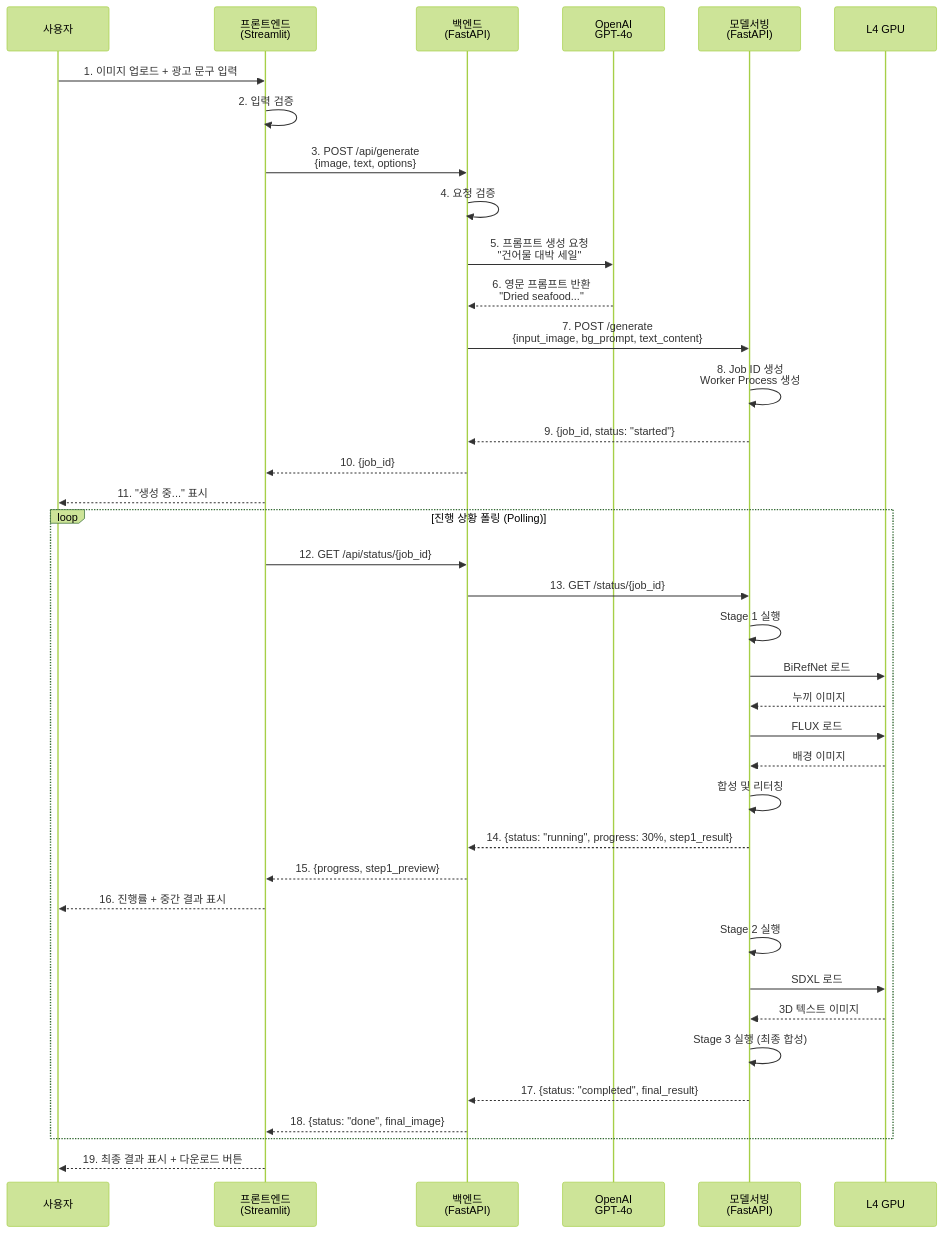
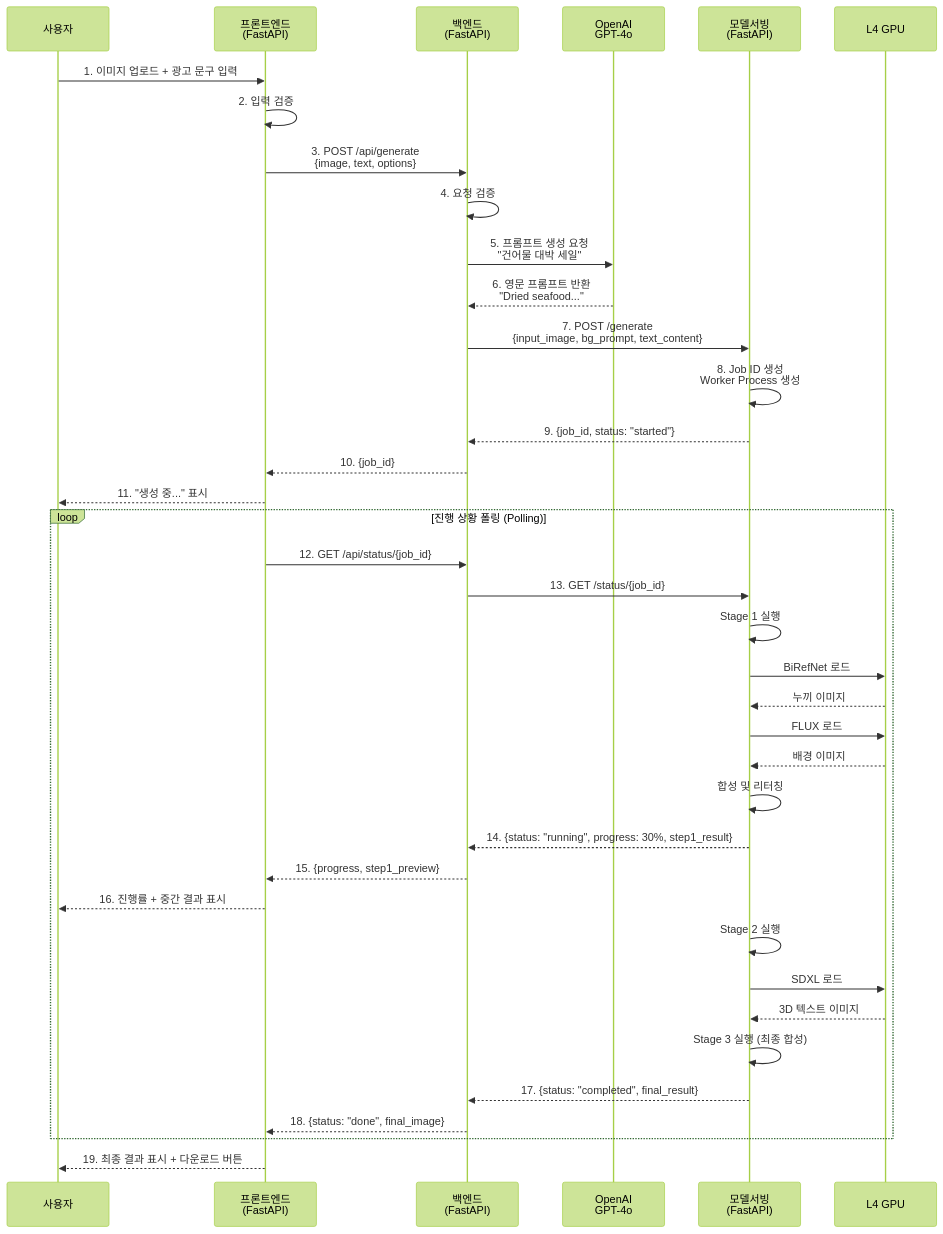
Before and after one commit to krapnuyij/codeit-ai-3team-ad-content: the second of 3 diagrams in docs/doc/아키텍처설계.md, drawn with Mermaid (forest theme). The commit also changed other lines of this file and 22 other files, not shown here.

````diff
--- a/docs/doc/아키텍처설계.md
+++ b/docs/doc/아키텍처설계.md
@@ -144,49 +144,49 @@
 ```mermaid
 sequenceDiagram
     participant User as 사용자
-    participant FE as 프론트엔드<br/>(Streamlit)
+    participant FE as 프론트엔드<br/>(FastAPI)
     participant BE as 백엔드<br/>(FastAPI)
     participant LLM as OpenAI<br/>GPT-4o
     participant MS as 모델서빙<br/>(FastAPI)
     participant GPU as L4 GPU
 
     User->>FE: 1. 이미지 업로드 + 광고 문구 입력
     FE->>FE: 2. 입력 검증
     FE->>BE: 3. POST /api/generate<br/>{image, text, options}
 
     BE->>BE: 4. 요청 검증
     BE->>LLM: 5. 프롬프트 생성 요청<br/>"건어물 대박 세일"
     LLM-->>BE: 6. 영문 프롬프트 반환<br/>"Dried seafood..."
 
     BE->>MS: 7. POST /generate<br/>{input_image, bg_prompt, text_content}
     MS->>MS: 8. Job ID 생성<br/>Worker Process 생성
     MS-->>BE: 9. {job_id, status: "started"}
     BE-->>FE: 10. {job_id}
     FE-->>User: 11. "생성 중..." 표시
 
     loop 진행 상황 폴링 (Polling)
         FE->>BE: 12. GET /api/status/{job_id}
         BE->>MS: 13. GET /status/{job_id}
 
         MS->>MS: Stage 1 실행
         MS->>GPU: BiRefNet 로드
         GPU-->>MS: 누끼 이미지
         MS->>GPU: FLUX 로드
         GPU-->>MS: 배경 이미지
         MS->>MS: 합성 및 리터칭
 
         MS-->>BE: 14. {status: "running", progress: 30%, step1_result}
         BE-->>FE: 15. {progress, step1_preview}
         FE-->>User: 16. 진행률 + 중간 결과 표시
 
         MS->>MS: Stage 2 실행
         MS->>GPU: SDXL 로드
         GPU-->>MS: 3D 텍스트 이미지
 
         MS->>MS: Stage 3 실행 (최종 합성)
         MS-->>BE: 17. {status: "completed", final_result}
         BE-->>FE: 18. {status: "done", final_image}
     end
 
     FE-->>User: 19. 최종 결과 표시 + 다운로드 버튼
 ```
````
